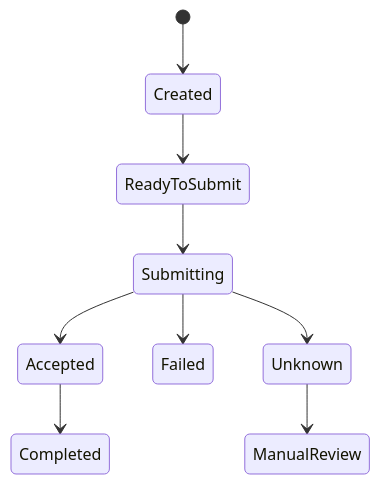
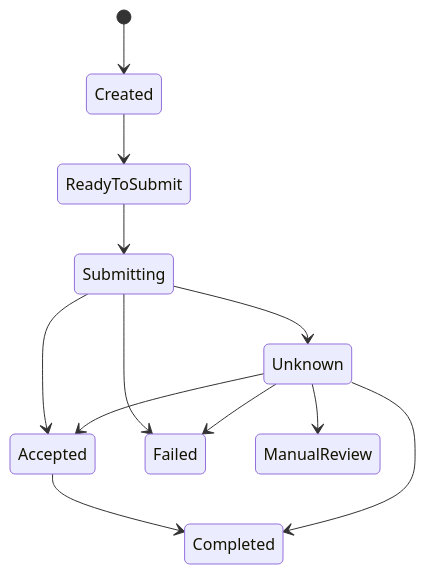
One commit to cryptopust/faultledger changed the diagram in docs/architecture/transfer-domain.md. Above: the diagram before and after it, drawn with Mermaid. The commit also changed other lines of this file and 26 other files, not shown here.

````diff
--- a/docs/architecture/transfer-domain.md
+++ b/docs/architecture/transfer-domain.md
@@ -42,11 +42,14 @@
 ```mermaid
 stateDiagram-v2
     [*] --> Created
     Created --> ReadyToSubmit
     ReadyToSubmit --> Submitting
     Submitting --> Accepted
     Submitting --> Failed
     Submitting --> Unknown
     Accepted --> Completed
     Unknown --> ManualReview
+    Unknown --> Accepted
+    Unknown --> Completed
+    Unknown --> Failed
 ```
````
